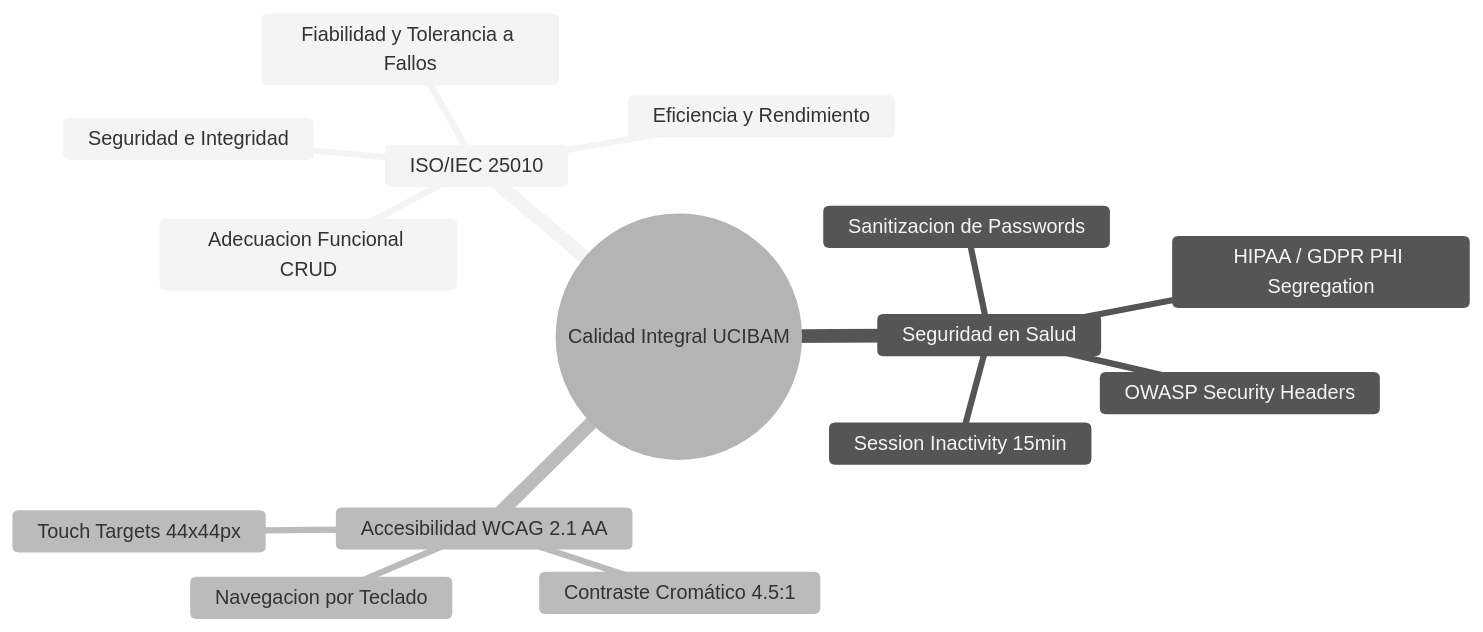
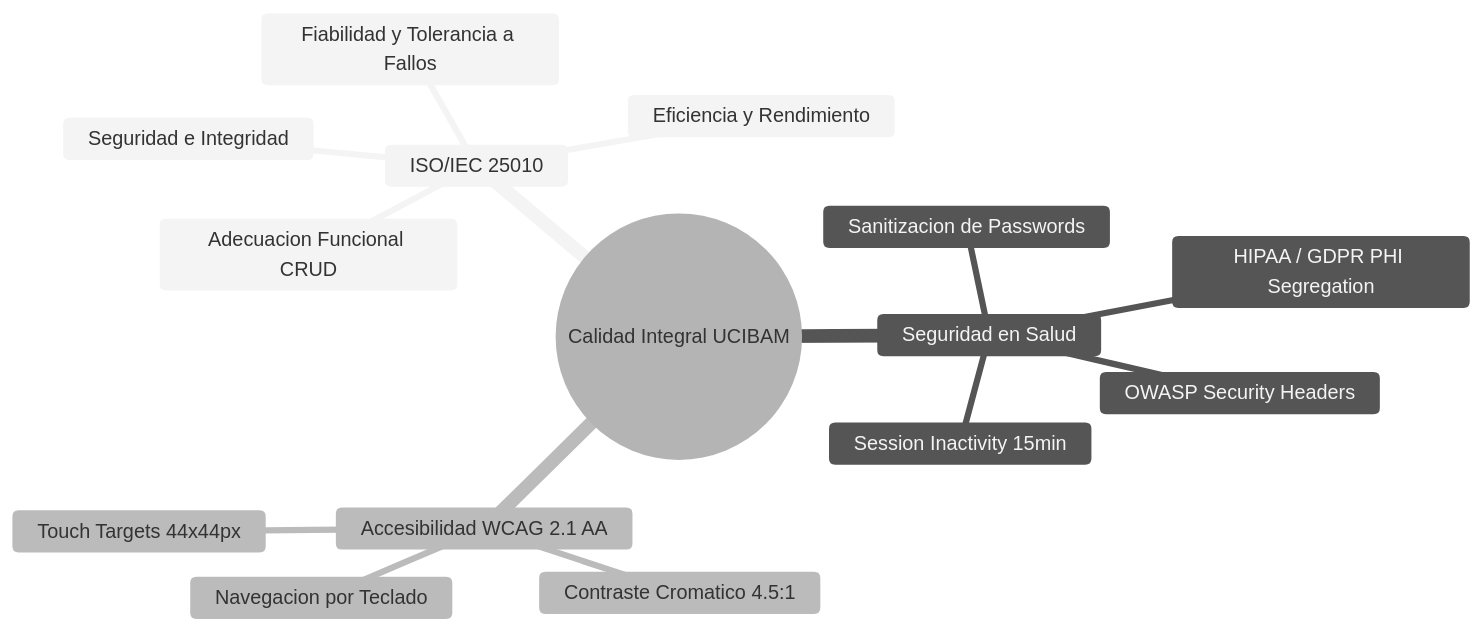
The fourth of 4 diagrams in Sistema de Gestión de Cirugía Bariátrica.md (bracebalDev/sistema_gestion_pacientes_bariatricos), drawn with Mermaid (neutral theme) before and after one commit. The commit also changed other lines of this file and 1 other file, not shown here.

````diff
--- a/Sistema de Gestión de Cirugía Bariátrica.md
+++ b/Sistema de Gestión de Cirugía Bariátrica.md
@@ -289,18 +312,18 @@
 ```mermaid
 mindmap
   root((Calidad Integral UCIBAM))
     ISO/IEC 25010
       Adecuacion Funcional CRUD
       Fiabilidad y Tolerancia a Fallos
       Eficiencia y Rendimiento
       Seguridad e Integridad
     Seguridad en Salud
       HIPAA / GDPR PHI Segregation
       OWASP Security Headers
       Sanitizacion de Passwords
       Session Inactivity 15min
     Accesibilidad WCAG 2.1 AA
       Touch Targets 44x44px
-      Contraste Cromático 4.5:1
+      Contraste Cromatico 4.5:1
       Navegacion por Teclado
 ```
````
